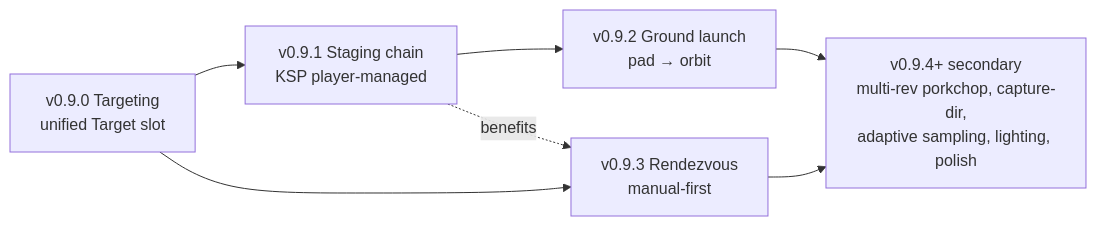
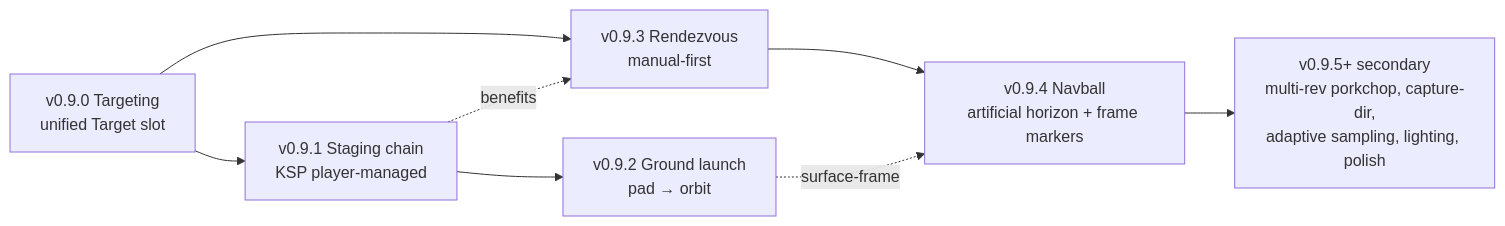
One commit to jasonfen/terminal-space-program changed the diagram in docs/v0.9-plan.md. Above: the diagram before and after it, drawn with Mermaid. The commit also changed other lines of this file, not shown here.

First line of the commit message:
docs(v0.9-plan): commit v0.9.4 navball as a fifth slice

````diff
--- a/docs/v0.9-plan.md
+++ b/docs/v0.9-plan.md
@@ -531,9 +684,10 @@
 ```mermaid
 graph LR
   T[v0.9.0 Targeting<br/>unified Target slot] --> S[v0.9.1 Staging chain<br/>KSP player-managed]
   S --> L[v0.9.2 Ground launch<br/>pad → orbit]
   T --> R[v0.9.3 Rendezvous<br/>manual-first]
   S -.benefits.-> R
-  L --> POLISH[v0.9.4+ secondary<br/>multi-rev porkchop, capture-dir,<br/>adaptive sampling, lighting, polish]
-  R --> POLISH
+  R --> N[v0.9.4 Navball<br/>artificial horizon + frame markers]
+  L -.surface-frame.-> N
+  N --> POLISH[v0.9.5+ secondary<br/>multi-rev porkchop, capture-dir,<br/>adaptive sampling, lighting, polish]
 ```
````
